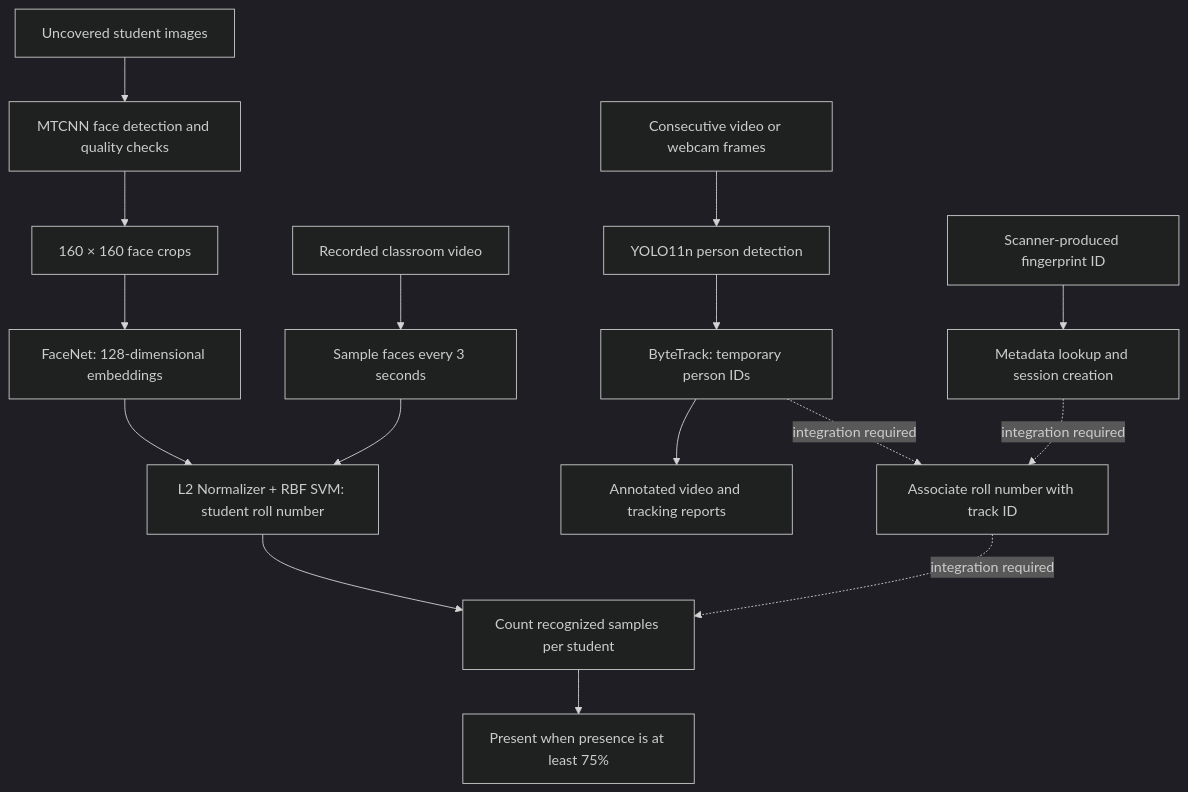
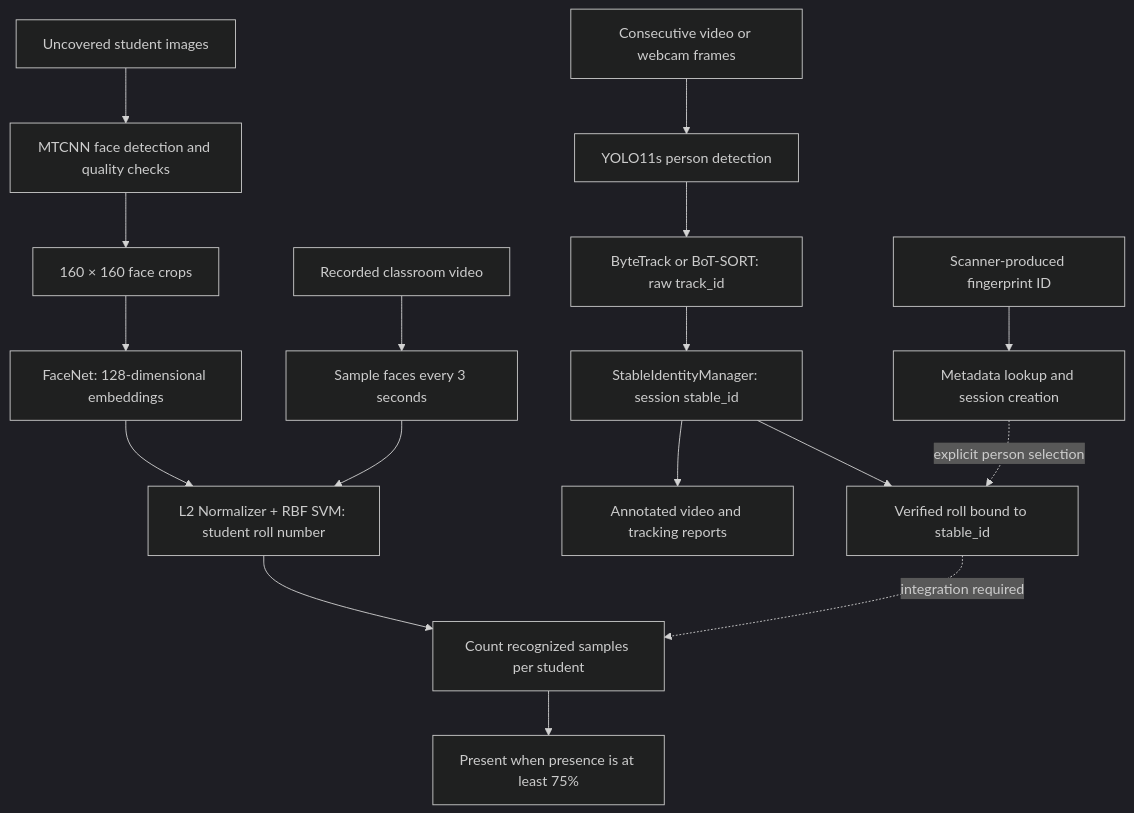
Before and after one commit to mehedinaeem/SmartPresence: the diagram in README.md, drawn with Mermaid (dark theme). The commit also changed other lines of this file and 103 other files, not shown here.

````diff
--- a/README.md
+++ b/README.md
@@ -9,18 +9,19 @@
 ```mermaid
 flowchart TD
     A[Uncovered student images] --> B[MTCNN face detection and quality checks]
     B --> C[160 × 160 face crops]
     C --> D[FaceNet: 128-dimensional embeddings]
     D --> E[L2 Normalizer + RBF SVM: student roll number]
     F[Recorded classroom video] --> G[Sample faces every 3 seconds]
     G --> E
     E --> H[Count recognized samples per student]
     H --> I[Present when presence is at least 75%]
-    J[Consecutive video or webcam frames] --> K[YOLO11n person detection]
-    K --> L[ByteTrack: temporary person IDs]
-    L --> M[Annotated video and tracking reports]
+    J[Consecutive video or webcam frames] --> K[YOLO11s person detection]
+    K --> L[ByteTrack or BoT-SORT: raw track_id]
+    L --> Q[StableIdentityManager: session stable_id]
+    Q --> M[Annotated video and tracking reports]
     N[Scanner-produced fingerprint ID] --> O[Metadata lookup and session creation]
-    O -. integration required .-> P[Associate roll number with track ID]
-    L -. integration required .-> P
+    O -. explicit person selection .-> P[Verified roll bound to stable_id]
+    Q --> P
     P -. integration required .-> H
 ```
````
